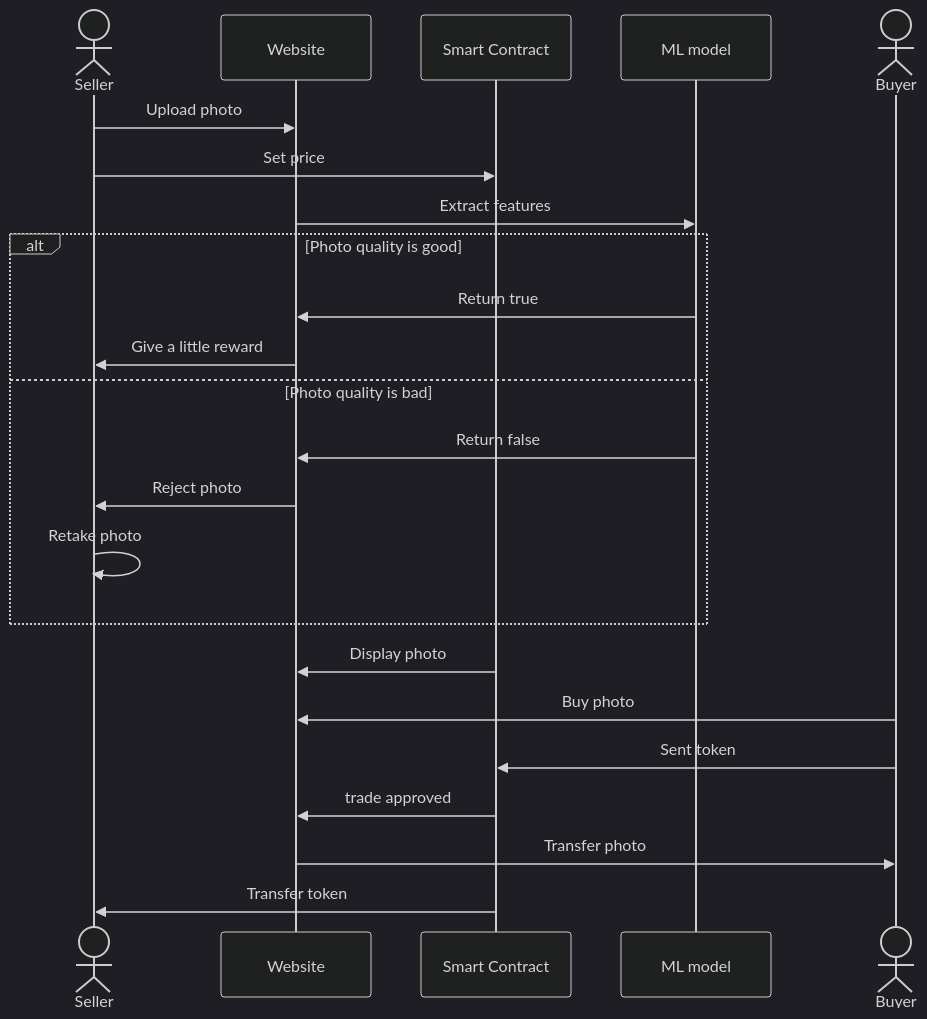
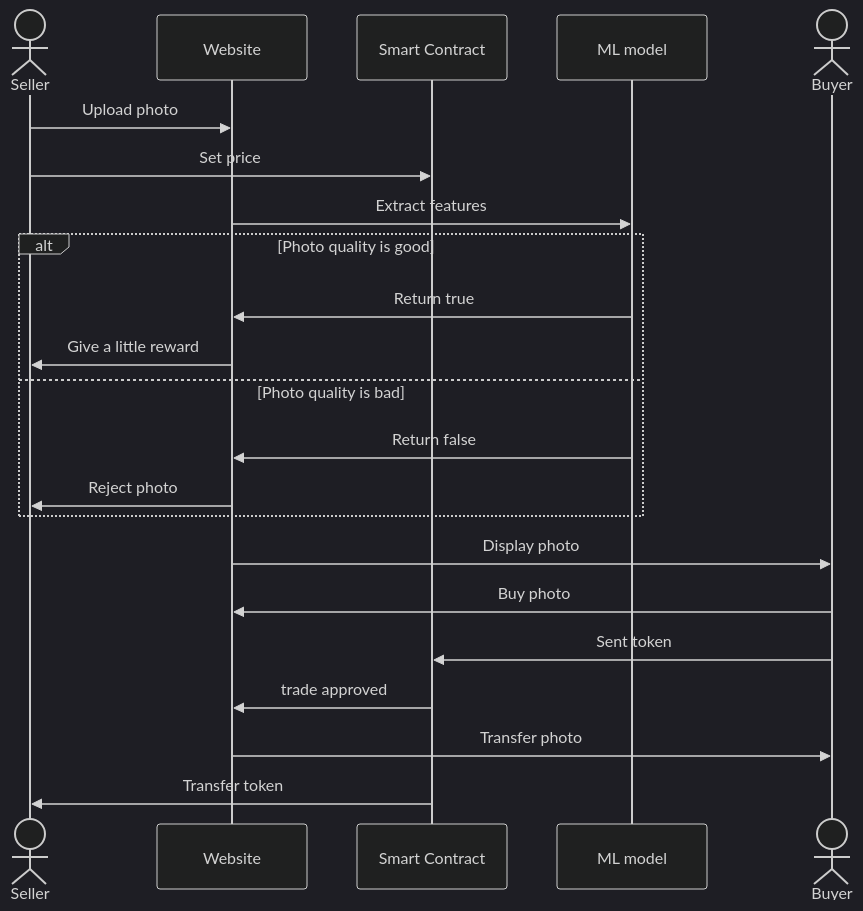
The diagram in README.md (AI-and-Blockchain/S24_The_World), drawn with Mermaid (dark theme) before and after one commit.

Commit message:
Update photo display and trade process

````diff
--- a/README.md
+++ b/README.md
@@ -42,26 +42,25 @@
 ```mermaid
 sequenceDiagram
     actor S as Seller
     participant W as Website
     participant contract as Smart Contract
     participant ML as ML model
     actor B as Buyer
 
     S->>W: Upload photo
     S->>contract: Set price
     W->>ML: Extract features
     alt Photo quality is good
         ML->>W: Return true
         W->>S: Give a little reward
     else Photo quality is bad
         ML->>W: Return false
         W->>S: Reject photo
-        S->>S: Retake photo
     end
-    contract->>W: Display photo
+    W->>B: Display photo
     B->>W: Buy photo
     B->>contract: Sent token
     contract->>W: trade approved
     W->>B: Transfer photo
     contract->>S: Transfer token
 ```
````
